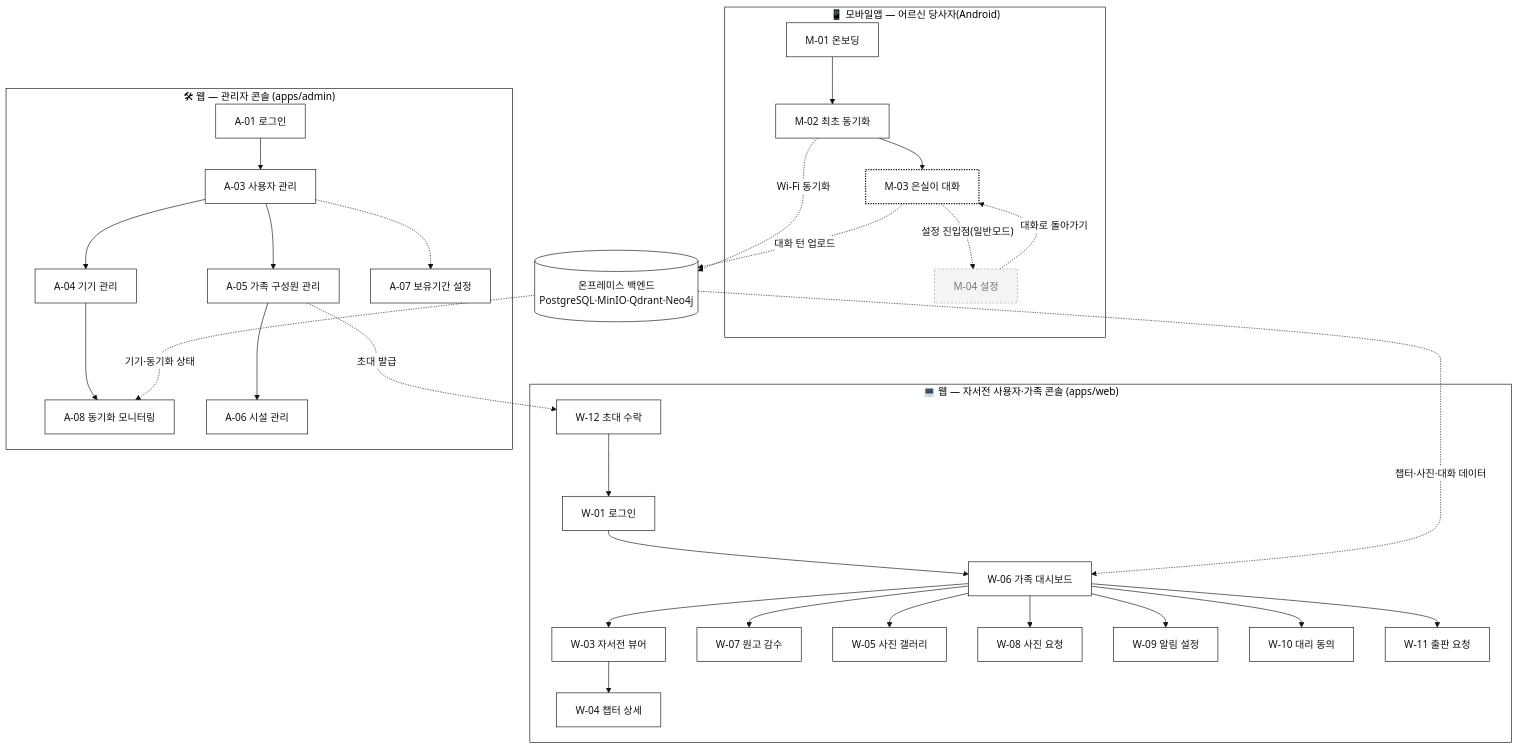
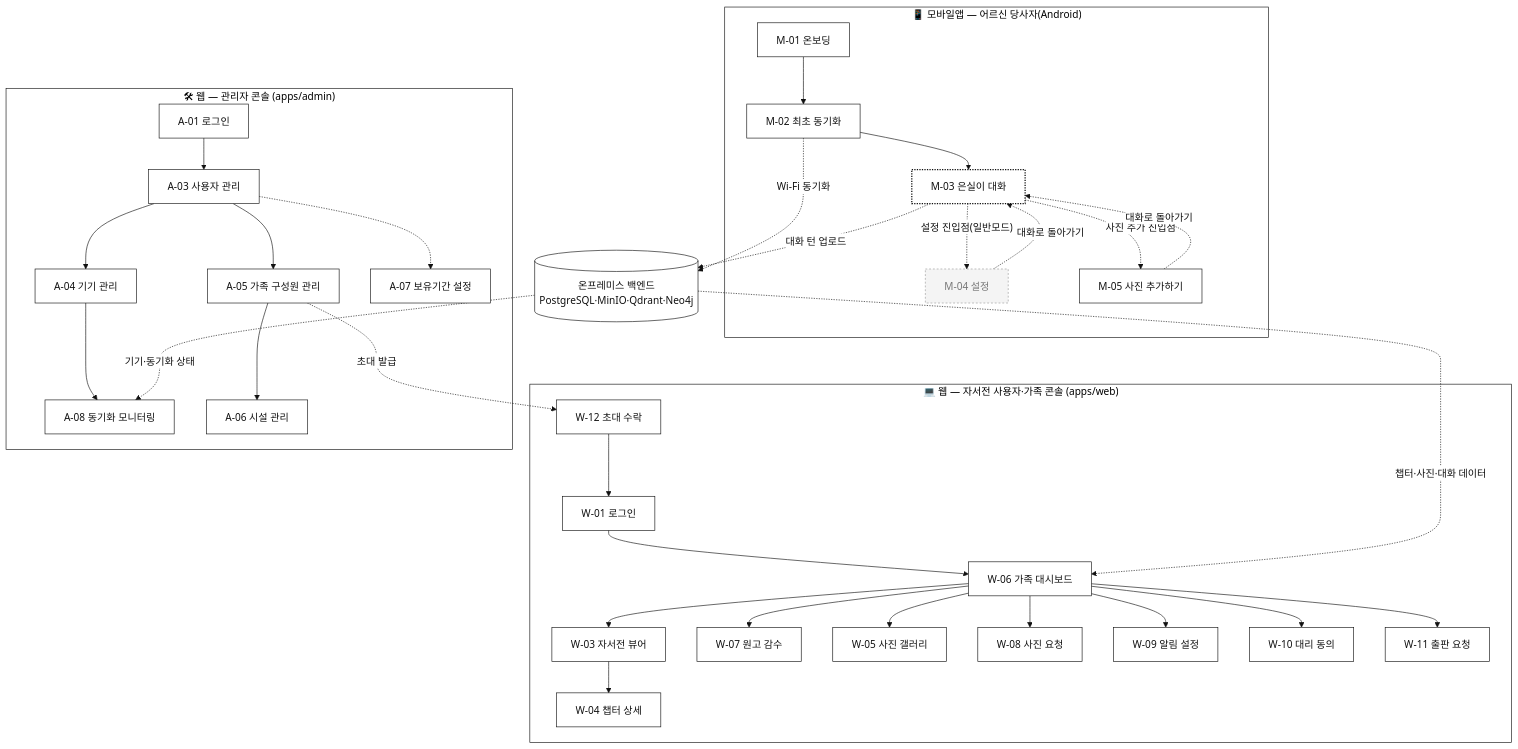
Before and after one commit to boheni07/SilverYarn: the first of 4 diagrams in docs/02-design/screen-definitions.md, drawn with Mermaid. The commit also changed other lines of this file and 17 other files, not shown here.

````diff
--- a/docs/02-design/screen-definitions.md
+++ b/docs/02-design/screen-definitions.md
@@ -45,45 +45,47 @@
 ```mermaid
 %%{init: {'theme':'base', 'themeVariables': {
   'primaryColor':'#ffffff', 'primaryTextColor':'#111111', 'primaryBorderColor':'#111111',
   'lineColor':'#111111', 'secondaryColor':'#ffffff', 'tertiaryColor':'#ffffff',
   'background':'#ffffff', 'mainBkg':'#ffffff', 'textColor':'#111111',
   'nodeBorder':'#111111', 'clusterBkg':'#ffffff', 'clusterBorder':'#111111',
   'edgeLabelBackground':'#ffffff', 'fontFamily':'Pretendard, Malgun Gothic, sans-serif'
 }}}%%
 flowchart TB
     subgraph MOBILE["📱 모바일앱 — 어르신 당사자(Android)"]
         M01["M-01 온보딩"] --> M02["M-02 최초 동기화"] --> M03["M-03 은실이 대화"]:::mock
         M03 -. "설정" 진입점(일반모드) .-> M04["M-04 설정"]:::off
         M04 -. 대화로 돌아가기 .-> M03
+        M03 -. "사진 추가" 진입점 .-> M05["M-05 사진 추가하기"]
+        M05 -. 대화로 돌아가기 .-> M03
     end
 
     subgraph WEBUSER["💻 웹 — 자서전 사용자·가족 콘솔 (apps/web)"]
         W01["W-01 로그인"] --> W06["W-06 가족 대시보드"]
         W06 --> W03["W-03 자서전 뷰어"] --> W04["W-04 챕터 상세"]
         W06 --> W07["W-07 원고 감수"]
         W06 --> W05["W-05 사진 갤러리"]
         W06 --> W08["W-08 사진 요청"]
         W06 --> W09["W-09 알림 설정"]
         W06 --> W10["W-10 대리 동의"]
         W06 --> W11["W-11 출판 요청"]
         W12["W-12 초대 수락"] --> W01
     end
 
     subgraph WEBADMIN["🛠 웹 — 관리자 콘솔 (apps/admin)"]
         A01["A-01 로그인"] --> A03["A-03 사용자 관리"]
         A03 --> A04["A-04 기기 관리"] --> A08["A-08 동기화 모니터링"]
         A03 --> A05["A-05 가족 구성원 관리"]
         A05 --> A06["A-06 시설 관리"]
         A03 -.-> A07["A-07 보유기간 설정"]
     end
 
     BACKEND[("온프레미스 백엔드<br/>PostgreSQL·MinIO·Qdrant·Neo4j")]
     M02 -. Wi-Fi 동기화 .-> BACKEND
     M03 -. 대화 턴 업로드 .-> BACKEND
     BACKEND -. 챕터·사진·대화 데이터 .-> W06
     BACKEND -. 기기·동기화 상태 .-> A08
     A05 -. 초대 발급 .-> W12
 
     classDef mock fill:#ffffff,color:#111111,stroke:#111111,stroke-width:2px,stroke-dasharray: 2 2;
     classDef off fill:#f4f4f4,color:#777777,stroke:#999999,stroke-width:1px,stroke-dasharray: 3 3;
 ```
````
